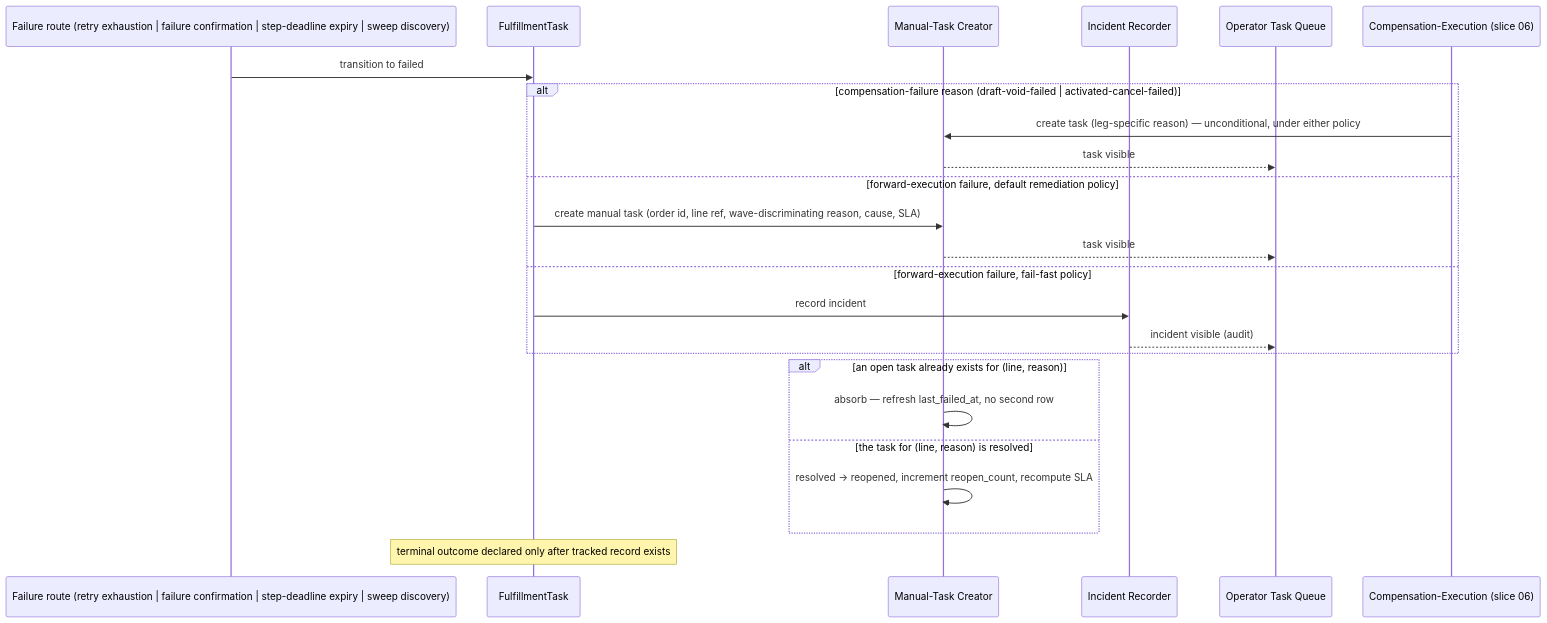
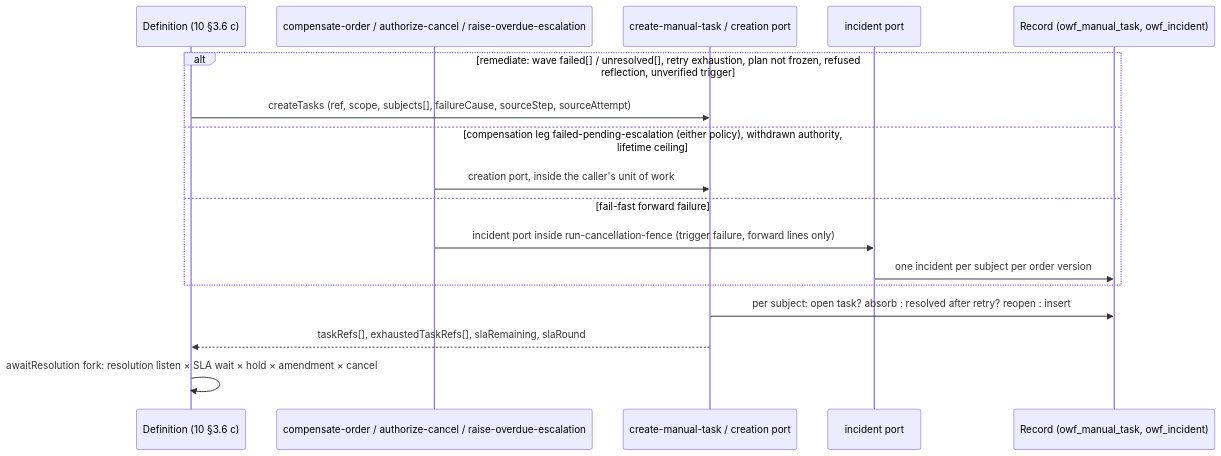
One commit to constructorfabric/gears-rust changed the second of 5 diagrams in gears/bss/orders-workflow/docs/design/07-manual-tasks.md. Above: the diagram before and after it, drawn with Mermaid. The commit also changed other lines of this file, not shown here.

Commit message:
docs(bss/orders-workflow): slice 07 provides step operations and a definition fragment (create, resolve, verify-override and overdue escalation become four operations over the task record; the overdue timer becomes a definition wait)

````diff
--- a/gears/bss/orders-workflow/docs/design/07-manual-tasks.md
+++ b/gears/bss/orders-workflow/docs/design/07-manual-tasks.md
@@ -455,26 +790,19 @@
 ```mermaid
 sequenceDiagram
-    participant Route as Failure route (retry exhaustion | failure confirmation | step-deadline expiry | sweep discovery)
-    participant FT as FulfillmentTask
-    participant MTC as Manual-Task Creator
-    participant IR as Incident Recorder
-    participant Q as Operator Task Queue
-    participant CE as Compensation-Execution (slice 06)
-    Route ->> FT: transition to failed
-    alt compensation-failure reason (draft-void-failed | activated-cancel-failed)
-        CE ->> MTC: create task (leg-specific reason) — unconditional, under either policy
-        MTC -->> Q: task visible
-    else forward-execution failure, default remediation policy
-        FT ->> MTC: create manual task (order id, line ref, wave-discriminating reason, cause, SLA)
-        MTC -->> Q: task visible
-    else forward-execution failure, fail-fast policy
-        FT ->> IR: record incident
-        IR -->> Q: incident visible (audit)
+    participant D as Definition (10 §3.6 c)
+    participant CO as compensate-order / authorize-cancel / raise-overdue-escalation
+    participant MTC as create-manual-task / creation port
+    participant IR as incident port
+    participant R as Record (owf_manual_task, owf_incident)
+    alt remediate: wave failed[] / unresolved[], retry exhaustion, plan not frozen, refused reflection, unverified trigger
+        D ->> MTC: createTasks (ref, scope, subjects[], failureCause, sourceStep, sourceAttempt)
+    else compensation leg failed-pending-escalation (either policy), withdrawn authority, lifetime ceiling
+        CO ->> MTC: creation port, inside the caller's unit of work
+    else fail-fast forward failure
+        CO ->> IR: incident port inside run-cancellation-fence (trigger failure, forward lines only)
+        IR ->> R: one incident per subject per order version
     end
-    alt an open task already exists for (line, reason)
-        MTC ->> MTC: absorb — refresh last_failed_at, no second row
-    else the task for (line, reason) is resolved
-        MTC ->> MTC: resolved -> reopened, increment reopen_count, recompute SLA
-    end
-    Note over FT: terminal outcome declared only after tracked record exists
+    MTC ->> R: per subject: open task? absorb : resolved after retry? reopen : insert
+    MTC -->> D: taskRefs[], exhaustedTaskRefs[], slaRemaining, slaRound
+    D ->> D: awaitResolution fork: resolution listen × SLA wait × hold × amendment × cancel
 ```
````
